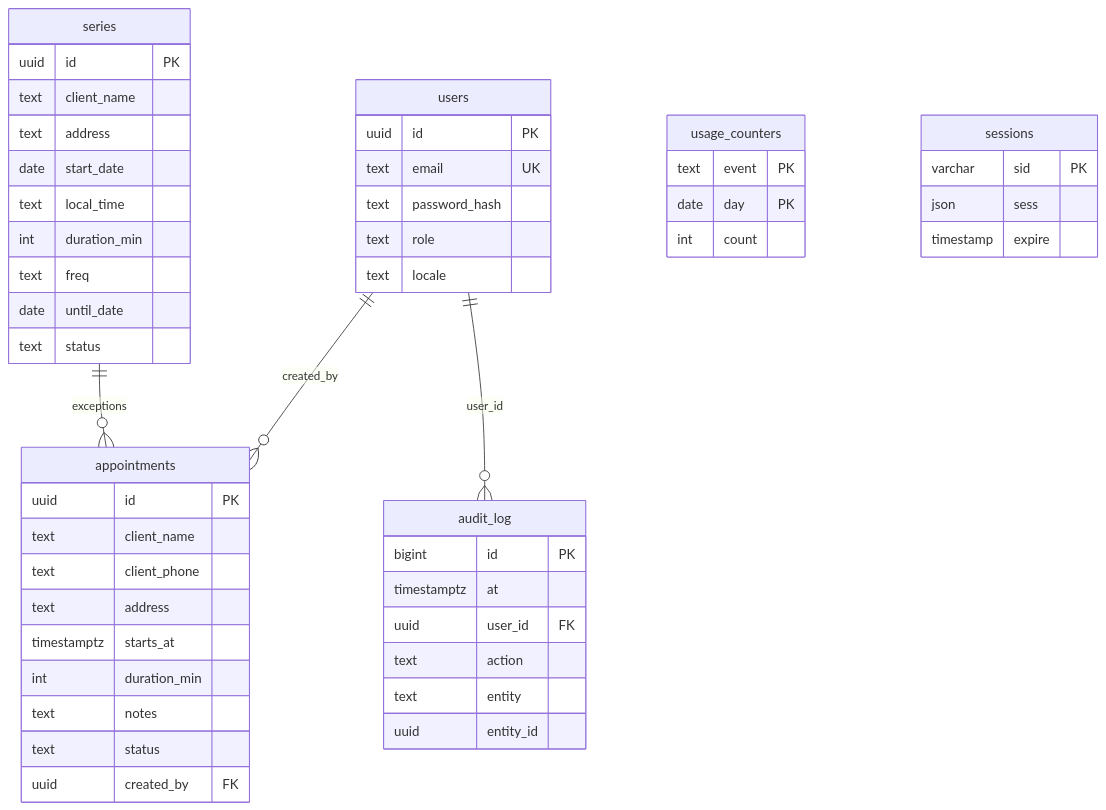
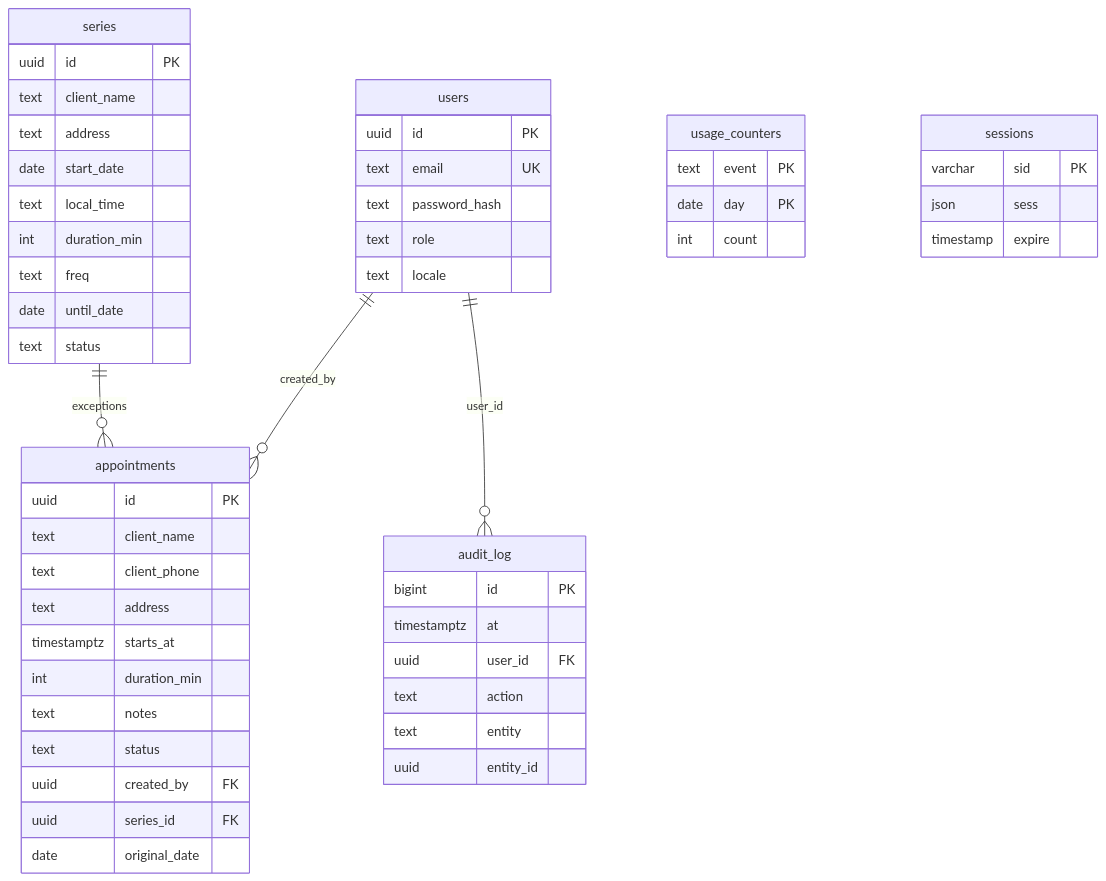
Before and after one commit to Barrientosgers/anyger-housekeeping: the second of 2 diagrams in docs/architecture.md, drawn with Mermaid.

Commit message:
Show series columns in the data model diagram

````diff
--- a/docs/architecture.md
+++ b/docs/architecture.md
@@ -38,53 +38,55 @@
 ```mermaid
 erDiagram
   users ||--o{ appointments : created_by
   series ||--o{ appointments : exceptions
   users ||--o{ audit_log : user_id
   users {
     uuid id PK
     text email UK
     text password_hash
     text role
     text locale
   }
   appointments {
     uuid id PK
     text client_name
     text client_phone
     text address
     timestamptz starts_at
     int duration_min
     text notes
     text status
     uuid created_by FK
+    uuid series_id FK
+    date original_date
   }
   series {
     uuid id PK
     text client_name
     text address
     date start_date
     text local_time
     int duration_min
     text freq
     date until_date
     text status
   }
   audit_log {
     bigint id PK
     timestamptz at
     uuid user_id FK
     text action
     text entity
     uuid entity_id
   }
   usage_counters {
     text event PK
     date day PK
     int count
   }
   sessions {
     varchar sid PK
     json sess
     timestamp expire
   }
 ```
````
